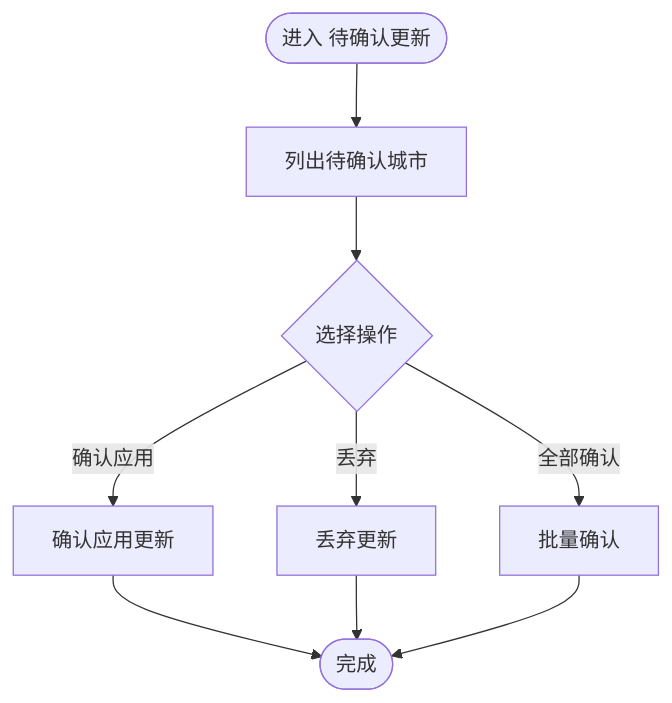
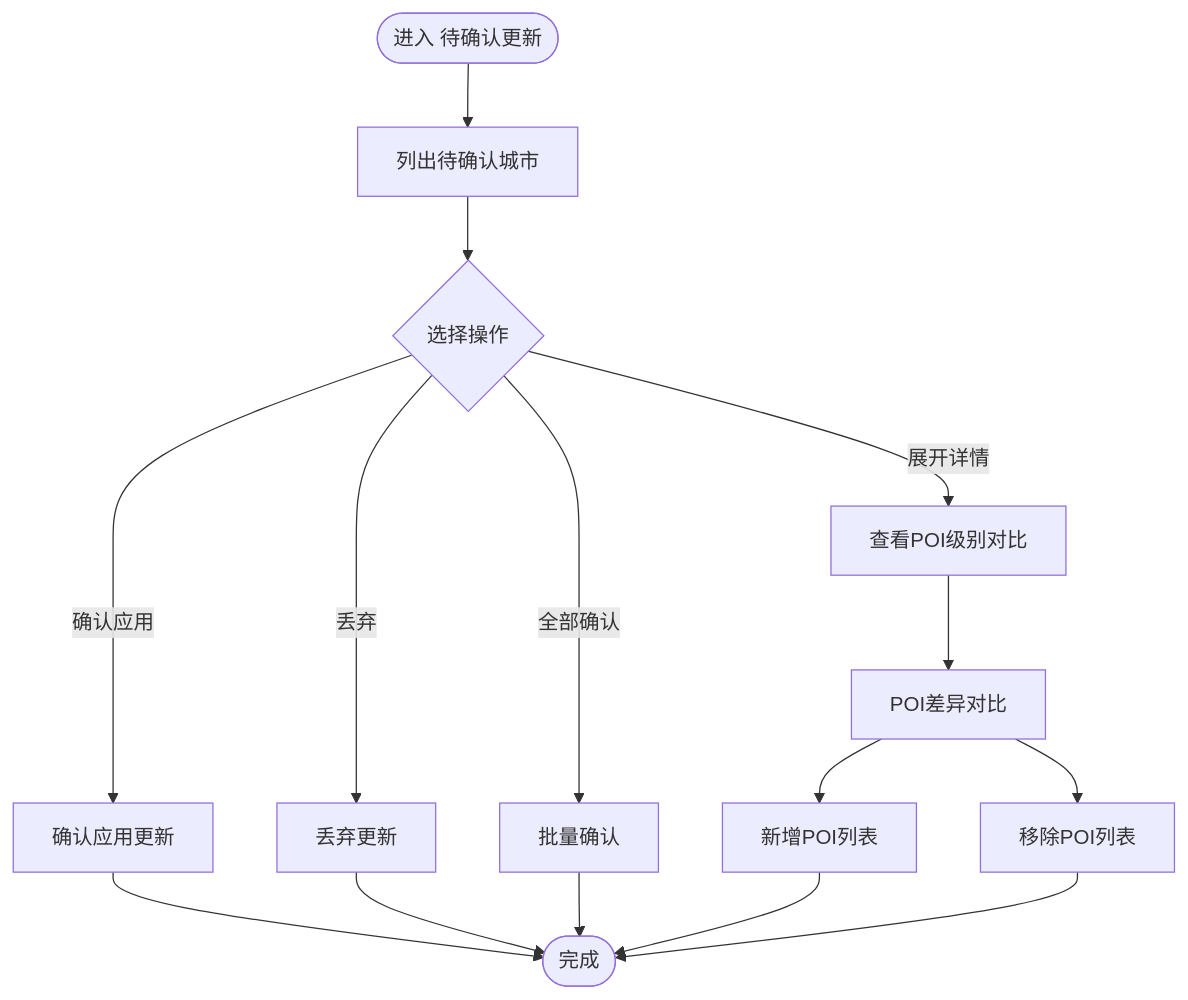
One commit to ititjjy/AITrip-plan changed the fifth of 9 diagrams in .qoder/repowiki/zh/content/后台管理系统/后台管理系统.md. Above: the diagram before and after it, drawn with Mermaid. The commit also changed other lines of this file and 25 other files, not shown here.

````diff
--- a/.qoder/repowiki/zh/content/后台管理系统/后台管理系统.md
+++ b/.qoder/repowiki/zh/content/后台管理系统/后台管理系统.md
@@ -239,11 +248,17 @@
 ```mermaid
 flowchart TD
 Enter(["进入 待确认更新"]) --> List["列出待确认城市"]
 List --> Action{"选择操作"}
 Action --> |确认应用| Confirm["确认应用更新"]
 Action --> |丢弃| Reject["丢弃更新"]
 Action --> |全部确认| ConfirmAll["批量确认"]
+Action --> |展开详情| Detail["查看POI级别对比"]
 Confirm --> Done(["完成"])
 Reject --> Done
 ConfirmAll --> Done
+Detail --> Compare["POI差异对比"]
+Compare --> ViewNew["新增POI列表"]
+Compare --> ViewRemoved["移除POI列表"]
+ViewNew --> Done
+ViewRemoved --> Done
 ```
````
